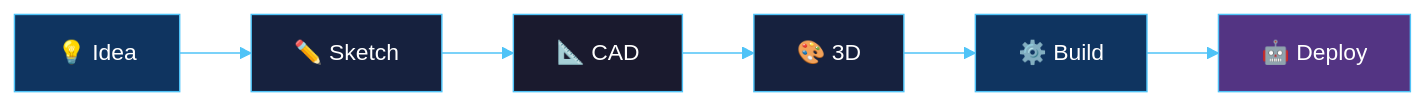
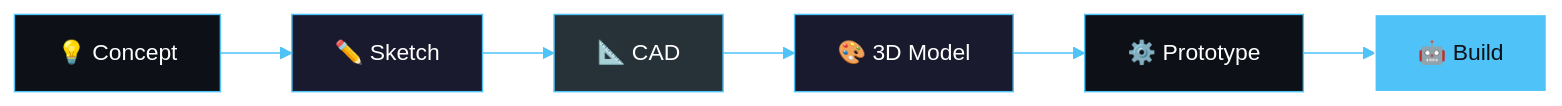
Before and after one commit to nasblor/nasblor: the second of 3 diagrams in readme.md, drawn with Mermaid. The commit also changed other lines of this file, not shown here.

````diff
--- a/readme.md
+++ b/readme.md
@@ -90,11 +64,11 @@
 ```mermaid
-%%{init: {'theme': 'base', 'themeVariables': { 'primaryColor': '#0f3460', 'primaryTextColor': '#fff', 'lineColor': '#4FC3F7'}}}%%
+%%{init: {'theme': 'base', 'themeVariables': { 'primaryColor': '#1a1a2e', 'primaryTextColor': '#fff', 'lineColor': '#4FC3F7'}}}%%
 flowchart LR
-    A[💡 Idea] --> B[✏️ Sketch] --> C[📐 CAD] --> D[🎨 3D] --> E[⚙️ Build] --> F[🤖 Deploy]
-    style A fill:#0f3460,stroke:#4FC3F7,color:#fff
-    style B fill:#16213e,stroke:#4FC3F7,color:#fff
-    style C fill:#1a1a2e,stroke:#4FC3F7,color:#fff
-    style D fill:#16213e,stroke:#4FC3F7,color:#fff
-    style E fill:#0f3460,stroke:#4FC3F7,color:#fff
-    style F fill:#533483,stroke:#4FC3F7,color:#fff
+    A[💡 Concept] --> B[✏️ Sketch] --> C[📐 CAD] --> D[🎨 3D Model] --> E[⚙️ Prototype] --> F[🤖 Build]
+    style A fill:#0D1117,stroke:#4FC3F7,color:#fff
+    style B fill:#1a1a2e,stroke:#4FC3F7,color:#fff
+    style C fill:#263238,stroke:#4FC3F7,color:#fff
+    style D fill:#1a1a2e,stroke:#4FC3F7,color:#fff
+    style E fill:#0D1117,stroke:#4FC3F7,color:#fff
+    style F fill:#4FC3F7,stroke:#fff,color:#0D1117
 ```
````
